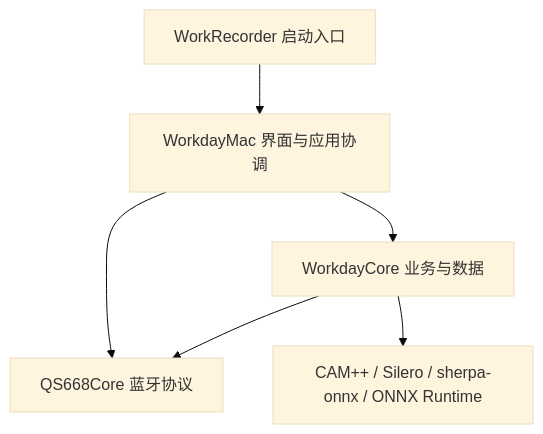
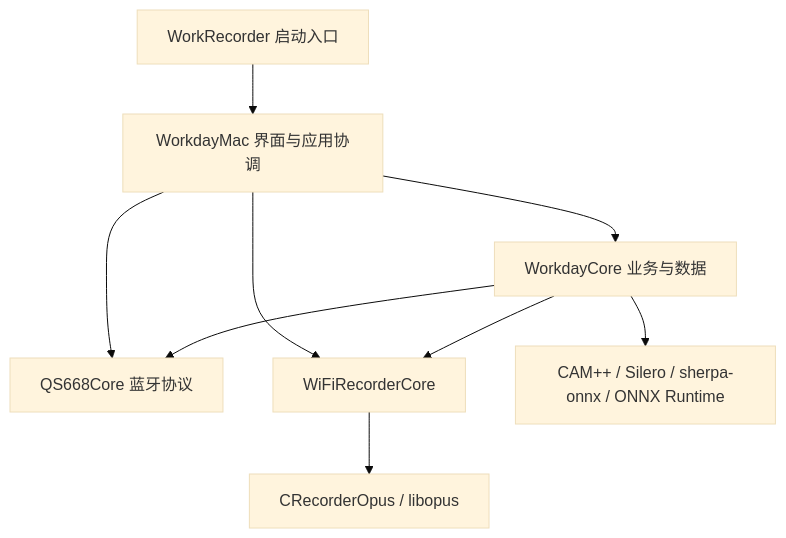
One commit to timiswq/WorkRecorder changed the diagram in docs/架构说明.md. Above: the diagram before and after it, drawn with Mermaid (base theme). The commit also changed other lines of this file and 169 other files, not shown here.

````diff
--- a/docs/架构说明.md
+++ b/docs/架构说明.md
@@ -7,8 +7,11 @@
 ```mermaid
 flowchart TD
     App[WorkRecorder 启动入口] --> Mac[WorkdayMac 界面与应用协调]
     Mac --> Core[WorkdayCore 业务与数据]
     Mac --> Protocol[QS668Core 蓝牙协议]
     Core --> Protocol
+    Mac --> WiFi[WiFiRecorderCore]
+    Core --> WiFi
+    WiFi --> Opus[CRecorderOpus / libopus]
     Core --> Models[CAM++ / Silero / sherpa-onnx / ONNX Runtime]
 ```
````
